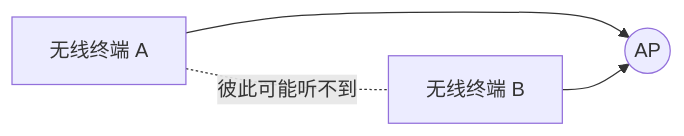
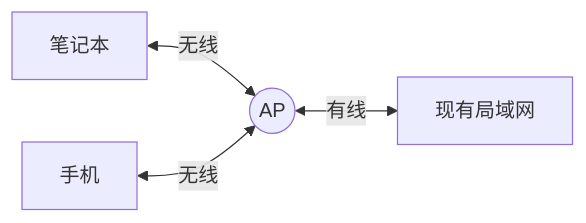
The diagram in 01_综合知识/01_计算机系统基础知识/03_计算机网络/09_无线与移动通信/无线局域网802.11.md (74262195/system-architect-notes), drawn with Mermaid before and after one commit. The commit also changed other lines of this file, not shown here.

````diff
--- a/01_综合知识/01_计算机系统基础知识/03_计算机网络/09_无线与移动通信/无线局域网802.11.md
+++ b/01_综合知识/01_计算机系统基础知识/03_计算机网络/09_无线与移动通信/无线局域网802.11.md
@@ -38,6 +54,6 @@
 ```mermaid
 flowchart LR
-    A[无线终端 A] --> AP((AP))
-    B[无线终端 B] --> AP
-    A -. 彼此可能听不到 .- B
+    A[笔记本] <-->|无线| AP((AP))
+    B[手机] <-->|无线| AP
+    AP <-->|有线| LAN[现有局域网]
 ```
````
